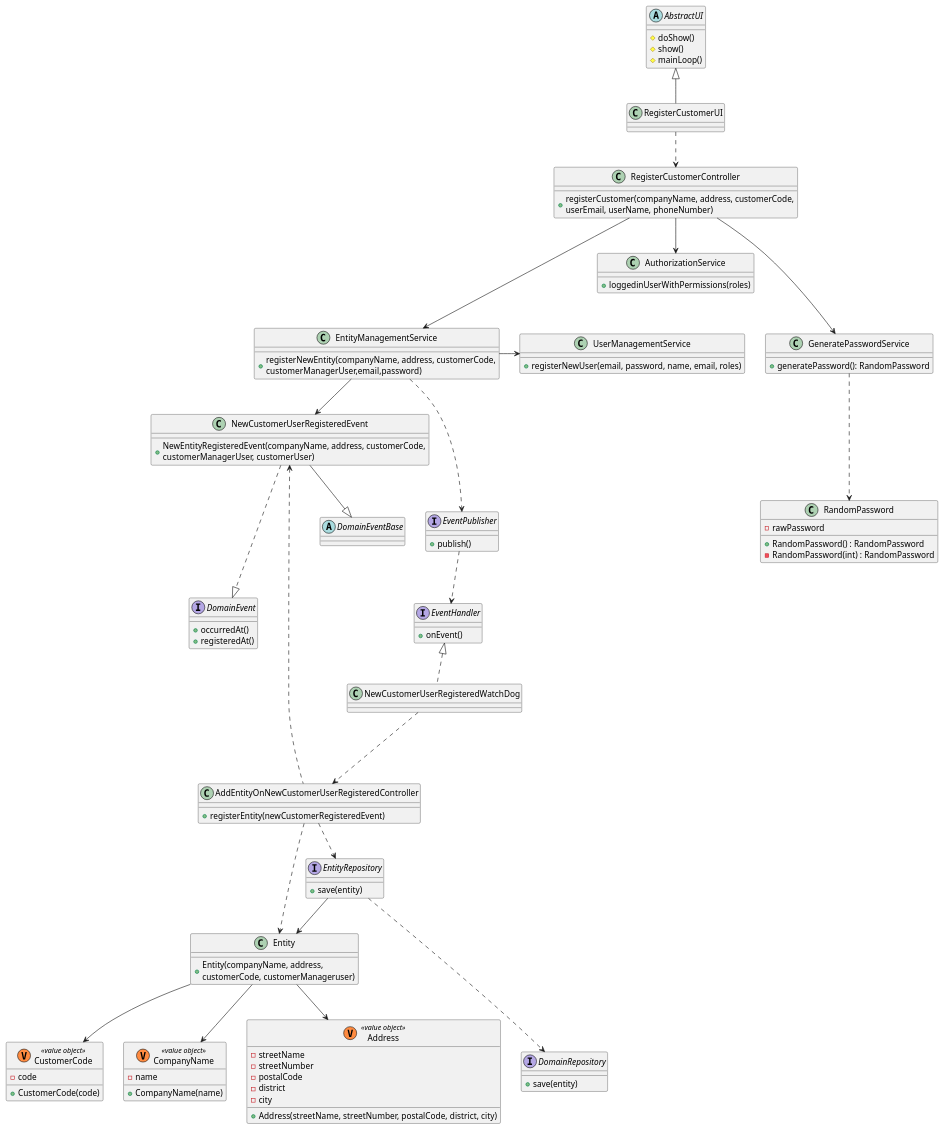
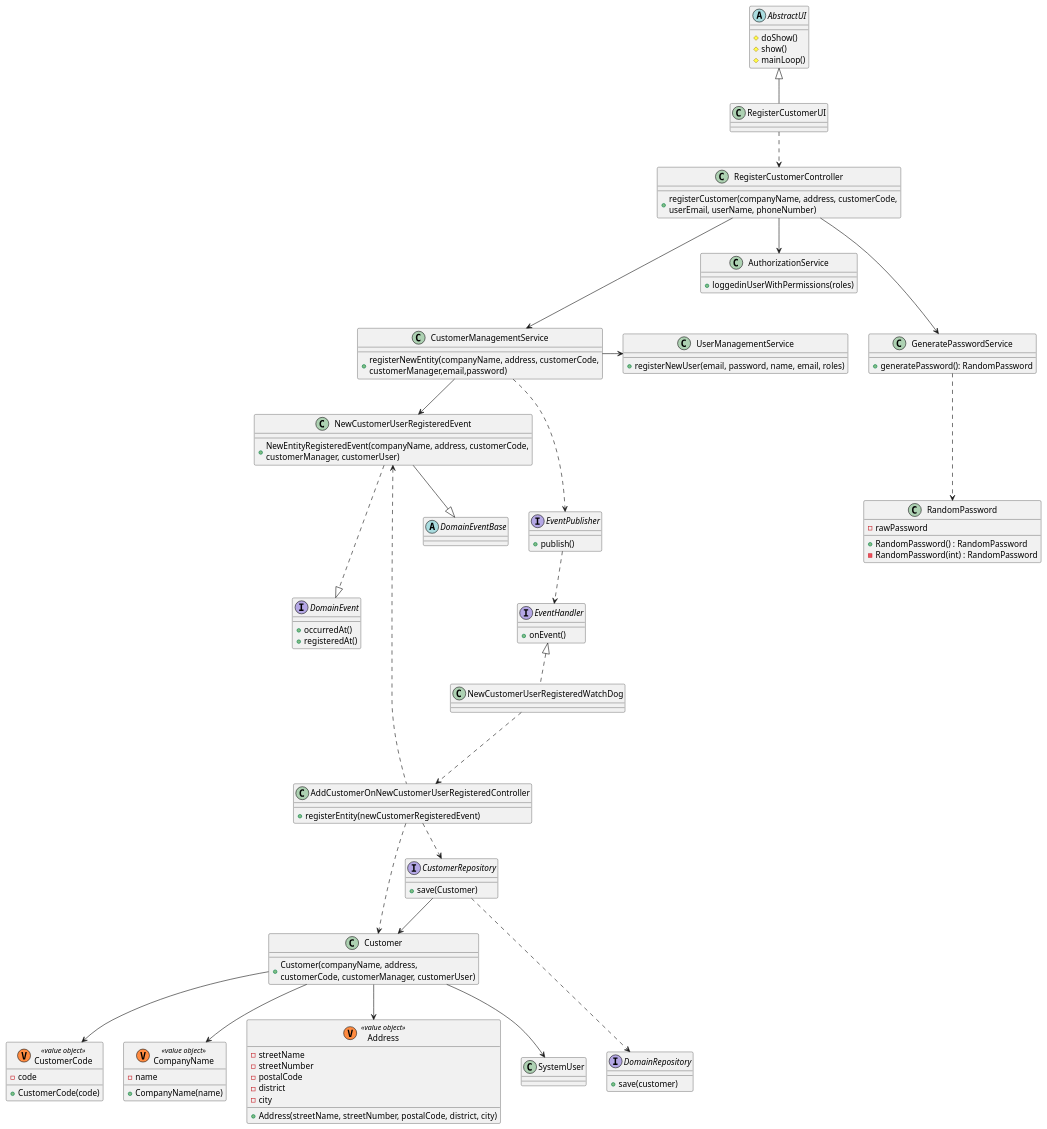
Before and after one commit to rita-barbosa/LAPR4-2324: the diagram in docs/sb_us_1001/class-diagram.puml, drawn with PlantUML. The commit also changed 6 other files, not shown here.

```diff
--- a/docs/sb_us_1001/class-diagram.puml
+++ b/docs/sb_us_1001/class-diagram.puml
@@ -1,124 +1,126 @@
 @startuml
 
 
 
 abstract class AbstractUI {
     # doShow()
     # show()
     # mainLoop()
 }
 
 class AuthorizationService {
     + loggedinUserWithPermissions(roles)
 }
 
 class UserManagementService {
     + registerNewUser(email, password, name, email, roles)
 }
-class EntityManagementService {
-    +  registerNewEntity(companyName, address, customerCode,\ncustomerManagerUser,email,password)
+class CustomerManagementService {
+    +  registerNewEntity(companyName, address, customerCode,\ncustomerManager,email,password)
 }
 
 interface EventPublisher{
     + publish()
 }
 interface EventHandler{
     + onEvent()
 }
 interface DomainEvent{
     + occurredAt()
     + registeredAt()
 }
 interface DomainRepository{
-+ save(entity)
++ save(customer)
 }
 
 
 
 class RegisterCustomerUI {
 
 }
 
 class RegisterCustomerController{
 + registerCustomer(companyName, address, customerCode,\nuserEmail, userName, phoneNumber)
 }
-class AddEntityOnNewCustomerUserRegisteredController{
+class AddCustomerOnNewCustomerUserRegisteredController{
 + registerEntity(newCustomerRegisteredEvent)
 }
 class GeneratePasswordService {
 + generatePassword(): RandomPassword
 }
 
 class RandomPassword{
 - rawPassword
 + RandomPassword() : RandomPassword
 - RandomPassword(int) : RandomPassword
 }
 
-class Entity{
-+ Entity(companyName, address,\ncustomerCode, customerManageruser)
+class Customer{
++ Customer(companyName, address,\ncustomerCode, customerManager, customerUser)
 }
 
 
-interface EntityRepository {
-+ save(entity)
+interface CustomerRepository {
++ save(Customer)
 }
 class CustomerCode <<(V,#FF8B40) value object>>  {
 - code
 + CustomerCode(code)
 }
 class CompanyName <<(V,#FF8B40) value object>> {
 - name
 + CompanyName(name)
 }
 class Address <<(V,#FF8B40) value object>> {
 - streetName
 - streetNumber
 - postalCode
 - district
 - city
 + Address(streetName, streetNumber, postalCode, district, city)
 }
 class NewCustomerUserRegisteredEvent{
-+ NewEntityRegisteredEvent(companyName, address, customerCode,\ncustomerManagerUser, customerUser)
++ NewEntityRegisteredEvent(companyName, address, customerCode,\ncustomerManager, customerUser)
 }
 abstract class DomainEventBase {
 }
 class NewCustomerUserRegisteredWatchDog{
 }
 
-
+class SystemUser{
+}
 
 AbstractUI <|-- RegisterCustomerUI
 RegisterCustomerUI .-> RegisterCustomerController
 
 
 NewCustomerUserRegisteredEvent --|> DomainEventBase
 NewCustomerUserRegisteredEvent .--|> DomainEvent
 
 NewCustomerUserRegisteredWatchDog .-up|> EventHandler
-NewCustomerUserRegisteredWatchDog .--> AddEntityOnNewCustomerUserRegisteredController
+NewCustomerUserRegisteredWatchDog .--> AddCustomerOnNewCustomerUserRegisteredController
 EventPublisher .-> EventHandler
-Entity --> CompanyName
-Entity --> CustomerCode
-Entity --> Address
-EntityRepository .--> DomainRepository
-EntityRepository --> Entity
+Customer --> CompanyName
+Customer --> CustomerCode
+Customer --> Address
+Customer --> SystemUser
+CustomerRepository .--> DomainRepository
+CustomerRepository --> Customer
 
 RegisterCustomerController --> AuthorizationService
-EntityManagementService -> UserManagementService
-RegisterCustomerController ---> EntityManagementService
+CustomerManagementService -> UserManagementService
+RegisterCustomerController ---> CustomerManagementService
 RegisterCustomerController ---> GeneratePasswordService
-EntityManagementService --> NewCustomerUserRegisteredEvent
-EntityManagementService .--> EventPublisher
+CustomerManagementService --> NewCustomerUserRegisteredEvent
+CustomerManagementService .--> EventPublisher
 
 GeneratePasswordService .--> RandomPassword
-AddEntityOnNewCustomerUserRegisteredController .-up-> NewCustomerUserRegisteredEvent
-AddEntityOnNewCustomerUserRegisteredController .-> Entity
-AddEntityOnNewCustomerUserRegisteredController .-> EntityRepository
+AddCustomerOnNewCustomerUserRegisteredController .-up-> NewCustomerUserRegisteredEvent
+AddCustomerOnNewCustomerUserRegisteredController .-> Customer
+AddCustomerOnNewCustomerUserRegisteredController .-> CustomerRepository
 
 
 
 
 
 @enduml
```
